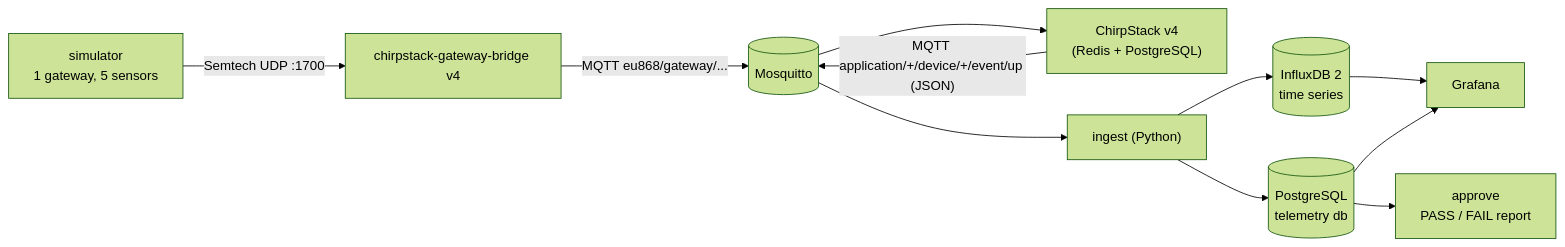
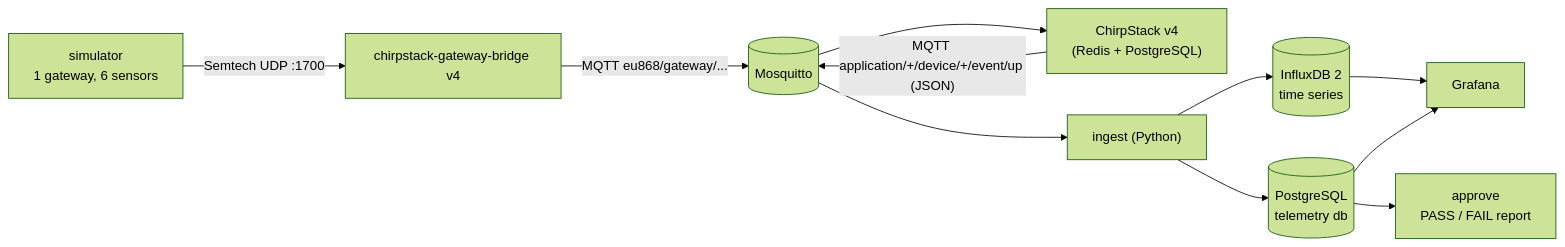
One commit to Dante-138/eng-iot-telemetry-pipeline changed the diagram in README.md. Above: the diagram before and after it, drawn with Mermaid (forest theme). The commit also changed other lines of this file and 12 other files, not shown here.

````diff
--- a/README.md
+++ b/README.md
@@ -12,13 +12,13 @@
 ```mermaid
 flowchart LR
-    S["simulator<br/>1 gateway, 5 sensors"] -->|"Semtech UDP :1700"| B["chirpstack-gateway-bridge v4"]
+    S["simulator<br/>1 gateway, 6 sensors"] -->|"Semtech UDP :1700"| B["chirpstack-gateway-bridge v4"]
     B -->|"MQTT eu868/gateway/..."| M[("Mosquitto")]
     M --> C["ChirpStack v4<br/>(Redis + PostgreSQL)"]
     C -->|"MQTT application/+/device/+/event/up (JSON)"| M
     M --> I["ingest (Python)"]
     I --> T[("InfluxDB 2<br/>time series")]
     I --> P[("PostgreSQL<br/>telemetry db")]
     T --> G["Grafana"]
     P --> G
     P --> A["approve<br/>PASS / FAIL report"]
 ```
````
